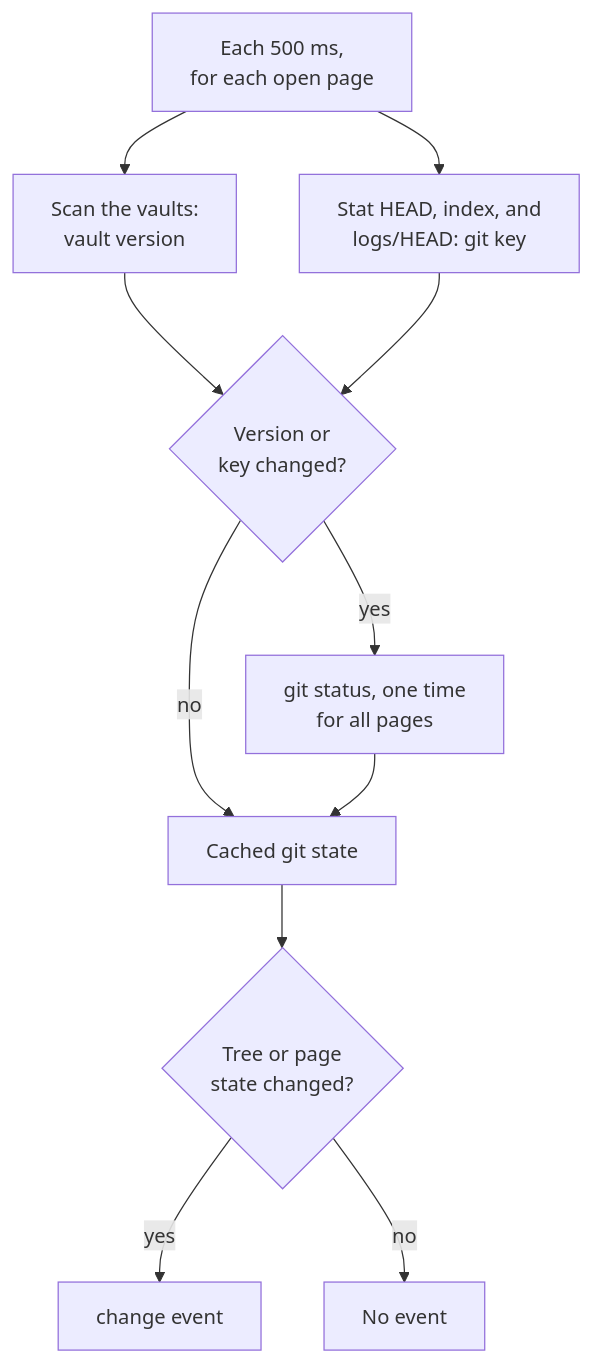
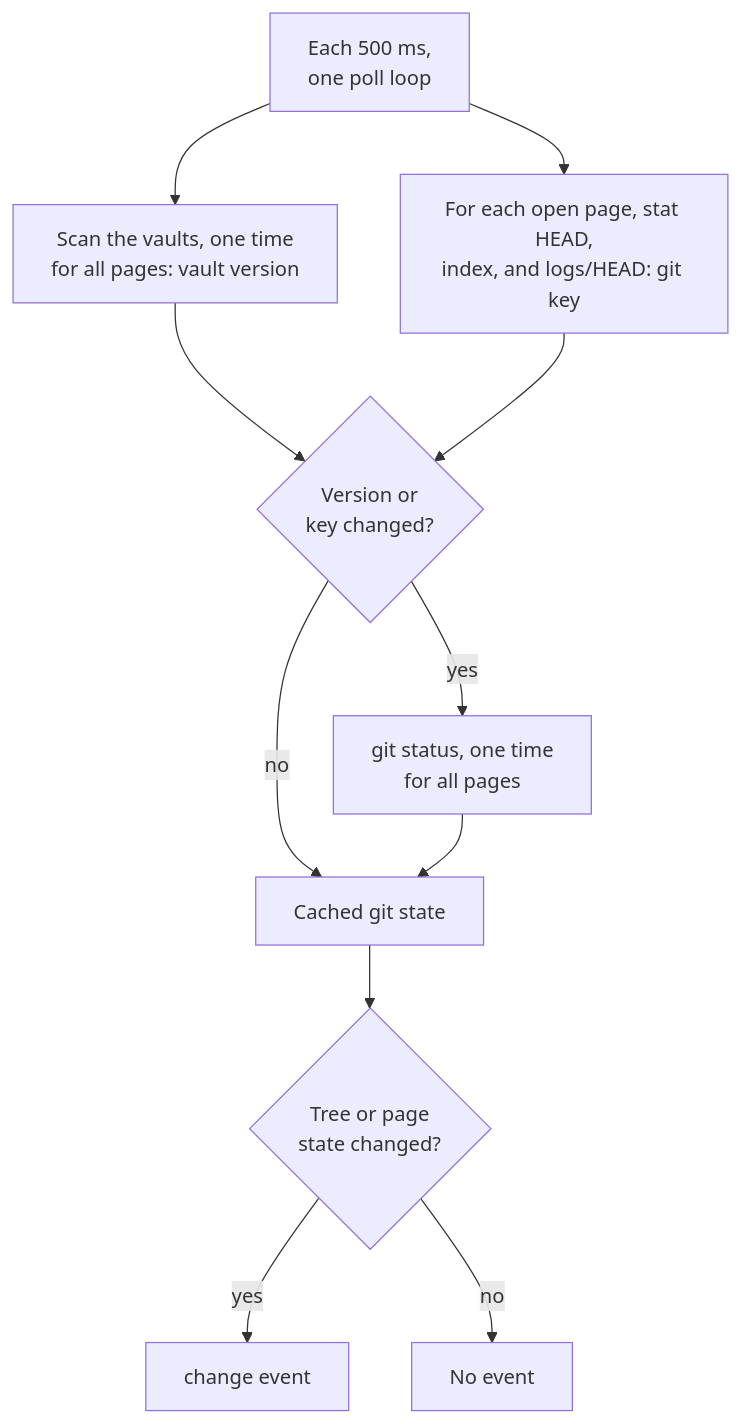
Before and after one commit to benrosenblum/docs-viewer: the second of 2 diagrams in docs/GIT-DIFF.md, drawn with Mermaid. The commit also changed 1 other file, not shown here.

Commit message:
(docs) Describe the shared poll loop and its cost

````diff
--- a/docs/GIT-DIFF.md
+++ b/docs/GIT-DIFF.md
@@ -407,14 +407,14 @@
 ```mermaid
 flowchart TD
-    Tick["Each 500 ms,<br/>for each open page"]
-    Tick --> Scan["Scan the vaults:<br/>vault version"]
-    Tick --> Key["Stat HEAD, index, and<br/>logs/HEAD: git key"]
+    Tick["Each 500 ms,<br/>one poll loop"]
+    Tick --> Scan["Scan the vaults, one time<br/>for all pages: vault version"]
+    Tick --> Key["For each open page, stat HEAD,<br/>index, and logs/HEAD: git key"]
     Scan --> Changed{"Version or<br/>key changed?"}
     Key --> Changed
     Changed -->|no| Cache["Cached git state"]
     Changed -->|yes| Status["git status, one time<br/>for all pages"]
     Status --> Cache
     Cache --> Compare{"Tree or page<br/>state changed?"}
     Compare -->|yes| Event["change event"]
     Compare -->|no| Idle["No event"]
 ```
````
